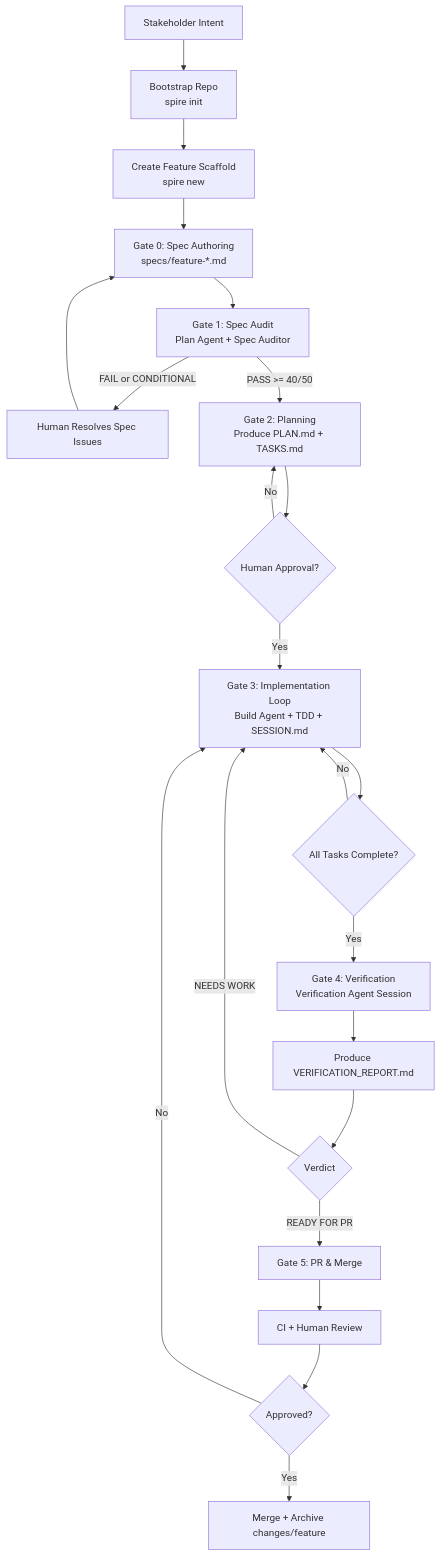
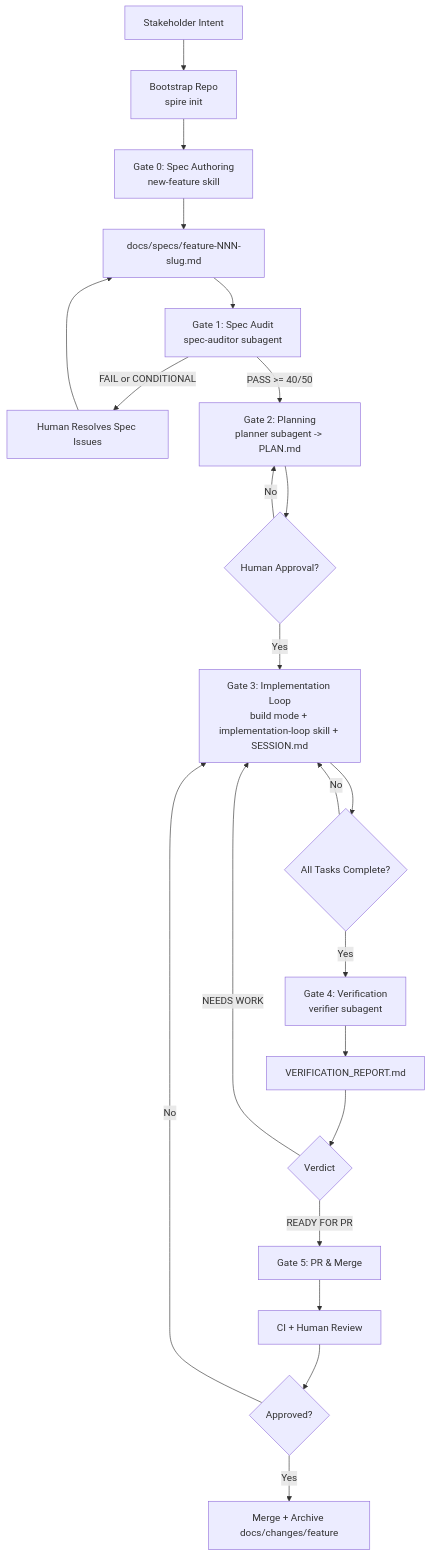
The diagram in README.md (niparis/spire), drawn with Mermaid before and after one commit. The commit also changed other lines of this file and 42 other files, not shown here.

````diff
--- a/README.md
+++ b/README.md
@@ -91,29 +97,29 @@
 ```mermaid
 flowchart TD
     A[Stakeholder Intent] --> B[Bootstrap Repo<br/>spire init]
-    B --> C[Create Feature Scaffold<br/>spire new]
-    C --> D[Gate 0: Spec Authoring<br/>specs/feature-*.md]
+    B --> C[Gate 0: Spec Authoring<br/>new-feature skill]
+    C --> D[docs/specs/feature-NNN-slug.md]
 
-    D --> E[Gate 1: Spec Audit<br/>Plan Agent + Spec Auditor]
+    D --> E[Gate 1: Spec Audit<br/>spec-auditor subagent]
     E -->|FAIL or CONDITIONAL| F[Human Resolves Spec Issues]
     F --> D
-    E -->|PASS >= 40/50| G[Gate 2: Planning<br/>Produce PLAN.md + TASKS.md]
+    E -->|PASS >= 40/50| G[Gate 2: Planning<br/>planner subagent -> PLAN.md]
 
     G --> H{Human Approval?}
     H -->|No| G
-    H -->|Yes| I[Gate 3: Implementation Loop<br/>Build Agent + TDD + SESSION.md]
+    H -->|Yes| I[Gate 3: Implementation Loop<br/>build mode + implementation-loop skill + SESSION.md]
 
     I --> J{All Tasks Complete?}
     J -->|No| I
-    J -->|Yes| K[Gate 4: Verification<br/>Verification Agent Session]
+    J -->|Yes| K[Gate 4: Verification<br/>verifier subagent]
 
-    K --> L[Produce VERIFICATION_REPORT.md]
+    K --> L[VERIFICATION_REPORT.md]
     L --> M{Verdict}
     M -->|NEEDS WORK| I
     M -->|READY FOR PR| N[Gate 5: PR & Merge]
 
     N --> O[CI + Human Review]
     O --> P{Approved?}
     P -->|No| I
-    P -->|Yes| Q[Merge + Archive changes/feature]
+    P -->|Yes| Q[Merge + Archive docs/changes/feature]
 ```
````
